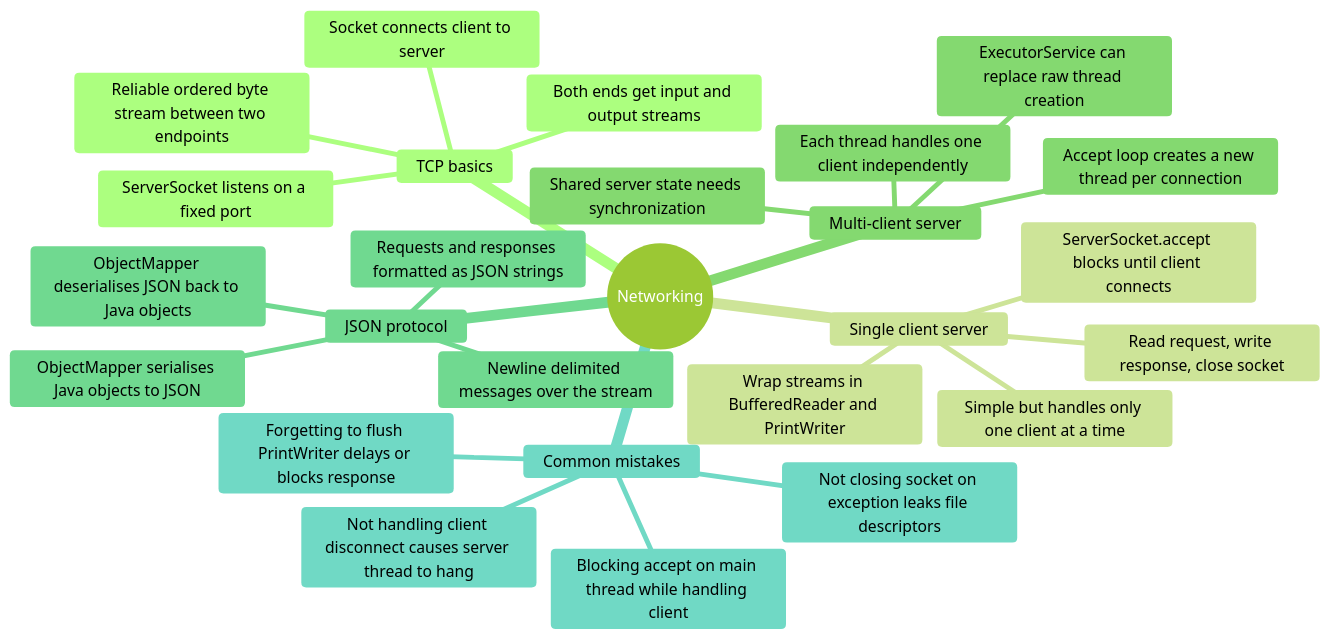
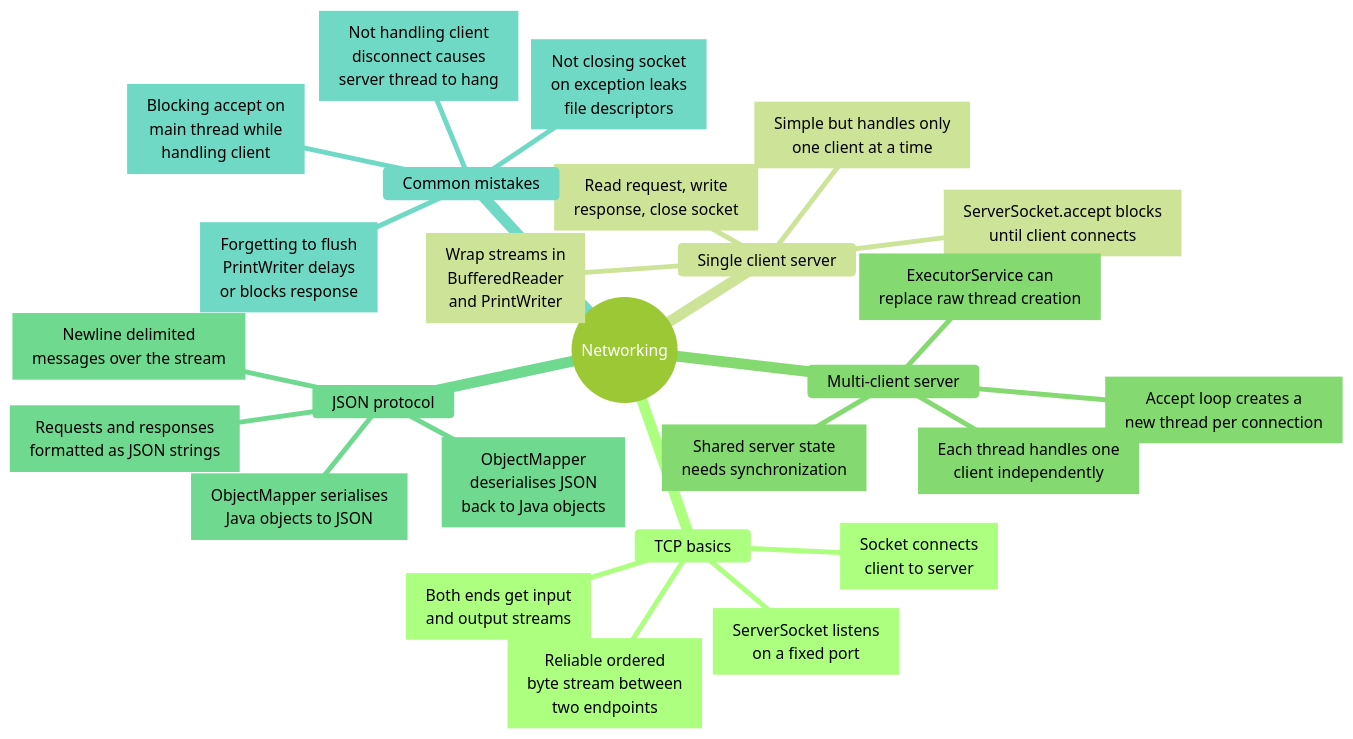
Before and after one commit to nmcguinness/L8-OOP-Module-Content: diagram 13 of 13 in notes/shared/mind maps/revision_t10_t22.md, drawn with Mermaid. The commit also changed other lines of this file and 421 other files, not shown here.

Commit message:
Updated mermaid diagrams and note layout for topics 9-24.

````diff
--- a/notes/shared/mind maps/revision_t10_t22.md
+++ b/notes/shared/mind maps/revision_t10_t22.md
@@ -1778,38 +2179,65 @@
 ```mermaid
 ---
 title: "Networking"
 accDescr: "Mind map of Networking. Branches: TCP basics; Single client server; Multi-client server; JSON protocol; Common mistakes."
 ---
-%%{init: { "theme": "forest" }}%%
+%%{init: { "theme": "forest", "markdownAutoWrap": false, "mindmap": { "maxNodeWidth": 300 } }}%%
 mindmap
   root((Networking))
     TCP basics
-      Reliable ordered byte stream between two endpoints
-      ServerSocket listens on a fixed port
-      Socket connects client to server
-      Both ends get input and output streams
+      n1["`Reliable ordered
+      byte stream between
+      two endpoints`"]
+      n2["`ServerSocket listens
+      on a fixed port`"]
+      n3["`Socket connects
+      client to server`"]
+      n4["`Both ends get input
+      and output streams`"]
 
     Single client server
-      ServerSocket.accept blocks until client connects
-      Wrap streams in BufferedReader and PrintWriter
-      Read request, write response, close socket
-      Simple but handles only one client at a time
+      n5["`ServerSocket.accept blocks
+      until client connects`"]
+      n6["`Wrap streams in
+      BufferedReader
+      and PrintWriter`"]
+      n7["`Read request, write
+      response, close socket`"]
+      n8["`Simple but handles only
+      one client at a time`"]
 
     Multi-client server
-      Accept loop creates a new thread per connection
-      Each thread handles one client independently
-      Shared server state needs synchronization
-      ExecutorService can replace raw thread creation
+      n9["`Accept loop creates a
+      new thread per connection`"]
+      n10["`Each thread handles one
+      client independently`"]
+      n11["`Shared server state
+      needs synchronization`"]
+      n12["`ExecutorService can
+      replace raw thread creation`"]
 
     JSON protocol
-      Requests and responses formatted as JSON strings
-      ObjectMapper serialises Java objects to JSON
-      ObjectMapper deserialises JSON back to Java objects
-      Newline delimited messages over the stream
+      n13["`Requests and responses
+      formatted as JSON strings`"]
+      n14["`ObjectMapper serialises
+      Java objects to JSON`"]
+      n15["`ObjectMapper
+      deserialises JSON
+      back to Java objects`"]
+      n16["`Newline delimited
+      messages over the stream`"]
 
     Common mistakes
-      Forgetting to flush PrintWriter delays or blocks response
-      Not closing socket on exception leaks file descriptors
-      Blocking accept on main thread while handling client
-      Not handling client disconnect causes server thread to hang
+      n17["`Forgetting to flush
+      PrintWriter delays
+      or blocks response`"]
+      n18["`Not closing socket
+      on exception leaks
+      file descriptors`"]
+      n19["`Blocking accept on
+      main thread while
+      handling client`"]
+      n20["`Not handling client
+      disconnect causes
+      server thread to hang`"]
 ```
````
